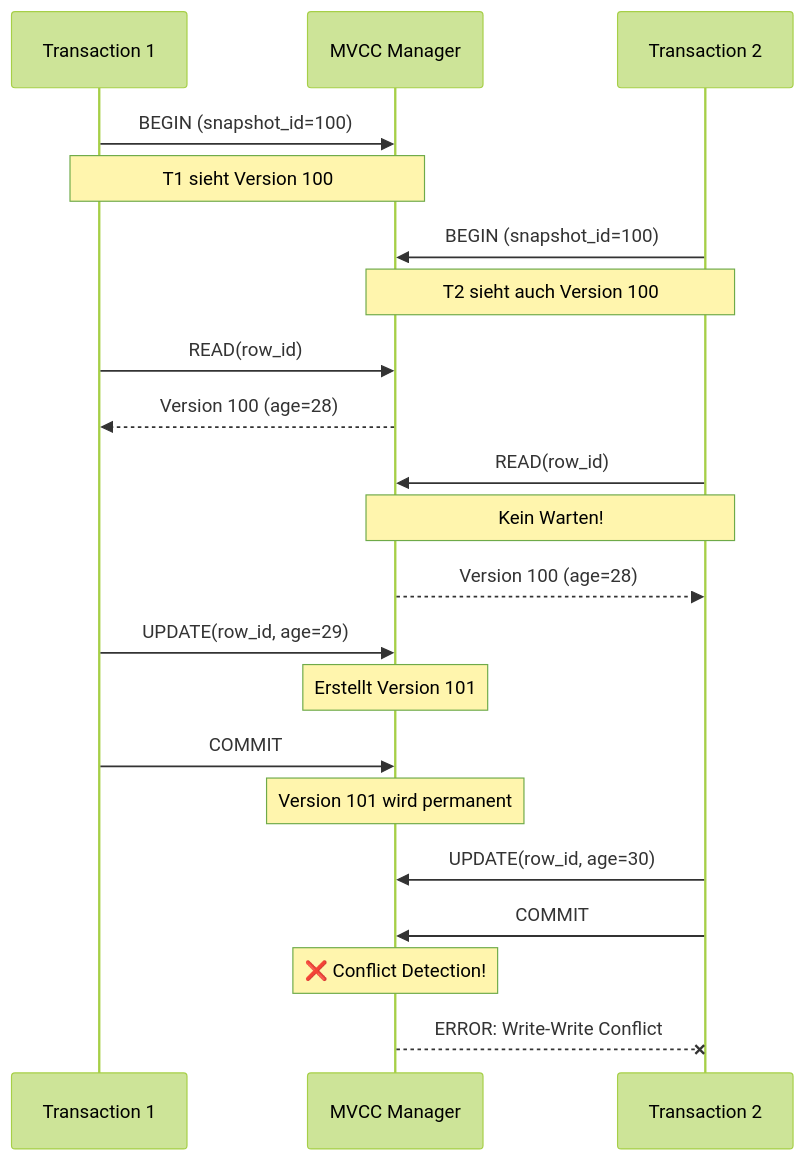
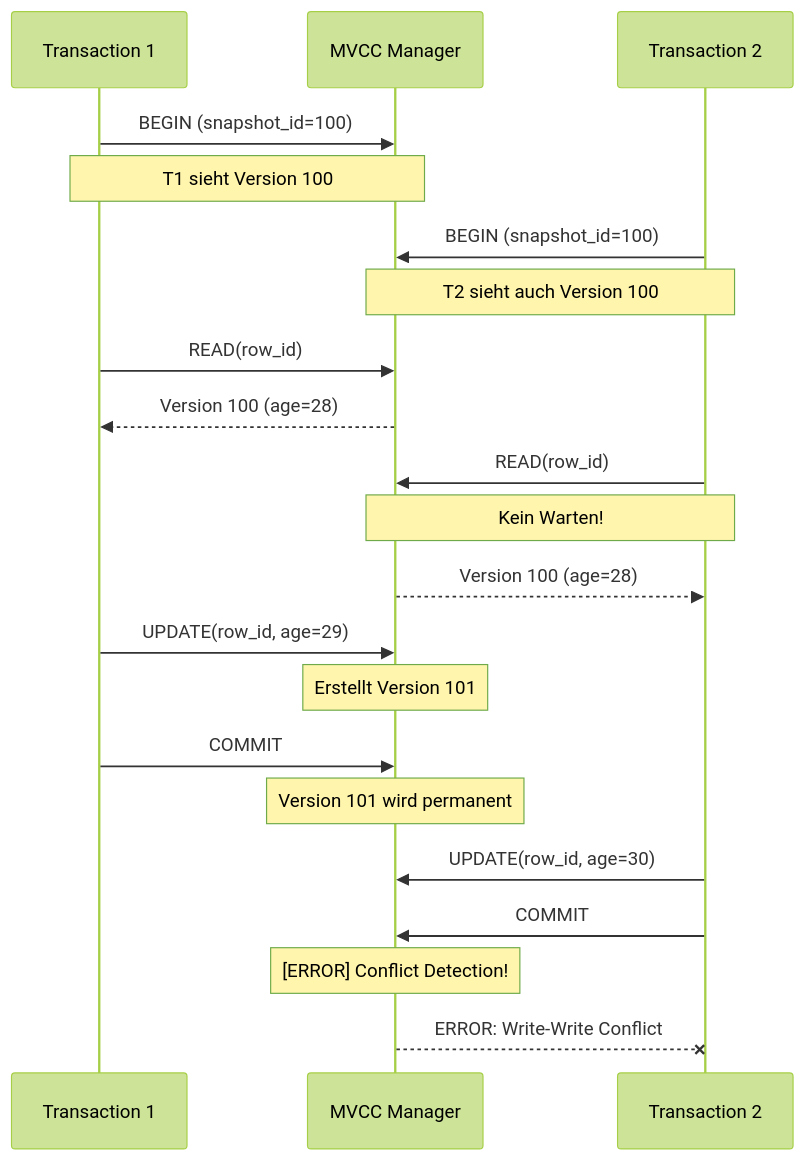
Before and after one commit to makr-code/ThemisDB: the first of 8 diagrams in compendium/chapter_02_architecture.md, drawn with Mermaid (forest theme). The commit also changed 19 other files, not shown here.

First line of the commit message:
Refactor Mermaid syntax and improve documentation consistency across chapters

````diff
--- a/compendium/chapter_02_architecture.md
+++ b/compendium/chapter_02_architecture.md
@@ -132,30 +132,30 @@
 ```mermaid
 sequenceDiagram
     participant T1 as Transaction 1
     participant MVCC as MVCC Manager
     participant T2 as Transaction 2
     
     T1->>MVCC: BEGIN (snapshot_id=100)
     Note over T1,MVCC: T1 sieht Version 100
     
     T2->>MVCC: BEGIN (snapshot_id=100)
     Note over T2,MVCC: T2 sieht auch Version 100
     
     T1->>MVCC: READ(row_id)
     MVCC-->>T1: Version 100 (age=28)
     
     T2->>MVCC: READ(row_id)
     Note over T2,MVCC: Kein Warten!
     MVCC-->>T2: Version 100 (age=28)
     
     T1->>MVCC: UPDATE(row_id, age=29)
     Note over MVCC: Erstellt Version 101
     
     T1->>MVCC: COMMIT
     Note over MVCC: Version 101 wird permanent
     
     T2->>MVCC: UPDATE(row_id, age=30)
     T2->>MVCC: COMMIT
-    Note over MVCC: ❌ Conflict Detection!
+    Note over MVCC: [ERROR] Conflict Detection!
     MVCC--xT2: ERROR: Write-Write Conflict
 ```
````
